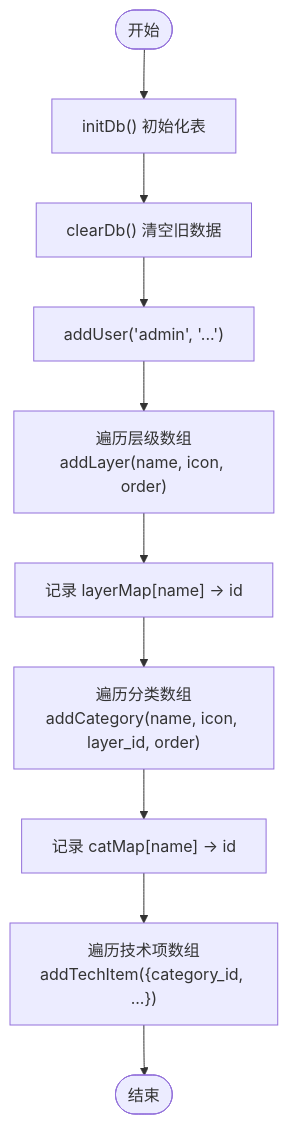
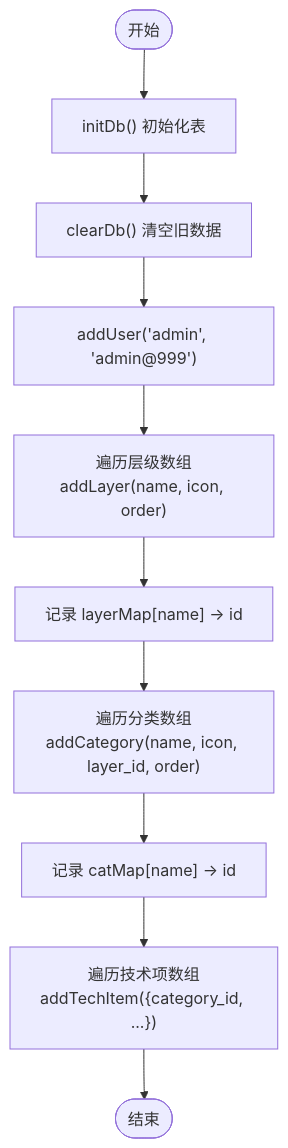
The fourth of 5 diagrams in .qoder/repowiki/zh/content/数据库设计/数据库设计.md (tutusiji/lantu-next), drawn with Mermaid before and after one commit. The commit also changed other lines of this file and 22 other files, not shown here.

````diff
--- a/.qoder/repowiki/zh/content/数据库设计/数据库设计.md
+++ b/.qoder/repowiki/zh/content/数据库设计/数据库设计.md
@@ -283,12 +351,12 @@
 ```mermaid
 flowchart TD
 Start(["开始"]) --> Init["initDb() 初始化表"]
 Init --> Clear["clearDb() 清空旧数据"]
-Clear --> AddUser["addUser('admin', '...')"]
+Clear --> AddUser["addUser('admin', 'admin@999')"]
 AddUser --> Layers["遍历层级数组<br/>addLayer(name, icon, order)"]
 Layers --> BuildLayerMap["记录 layerMap[name] -> id"]
 BuildLayerMap --> Cats["遍历分类数组<br/>addCategory(name, icon, layer_id, order)"]
 Cats --> BuildCatMap["记录 catMap[name] -> id"]
 BuildCatMap --> Items["遍历技术项数组<br/>addTechItem({category_id, ...})"]
 Items --> Done(["结束"])
 ```
````
